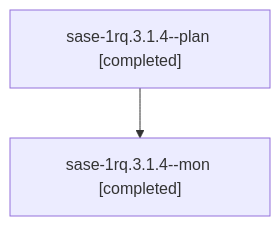
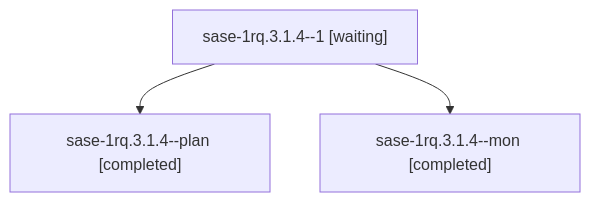
One commit to sase-org/sase--agents changed the diagram in sessions/bbugyi200.athena.sase-1rq.3.1.4.md. Above: the diagram before and after it, drawn with Mermaid. The commit also changed other lines of this file and 121 other files, not shown here.

````diff
--- a/sessions/bbugyi200.athena.sase-1rq.3.1.4.md
+++ b/sessions/bbugyi200.athena.sase-1rq.3.1.4.md
@@ -9,6 +9,8 @@
 ```mermaid
 flowchart TD
-  n0["sase-1rq.3.1.4--plan [completed]"]
-  n1["sase-1rq.3.1.4--mon [completed]"]
+  n0["sase-1rq.3.1.4--1 [waiting]"]
+  n1["sase-1rq.3.1.4--plan [completed]"]
   n0 --> n1
+  n2["sase-1rq.3.1.4--mon [completed]"]
+  n0 --> n2
 ```
````
